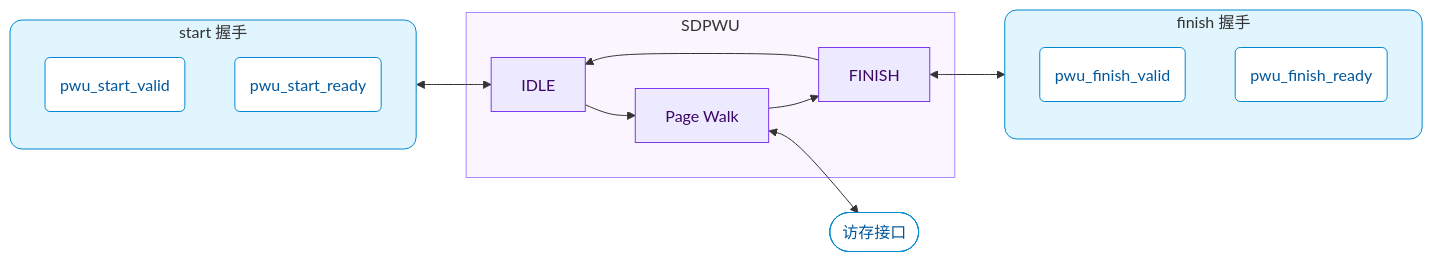
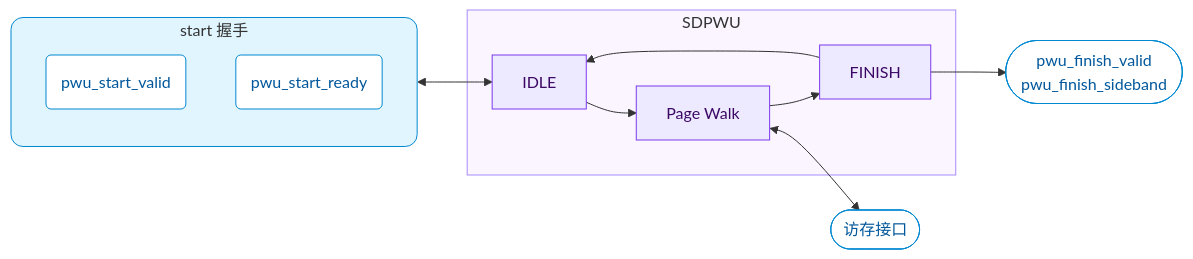
The fourth of 8 diagrams in doc/design_plan/SDecoder 设计方案 v1.0.md (DuBirdFly/C1_SDecoder), drawn with Mermaid before and after one commit. The commit also changed other lines of this file, not shown here.

First line of the commit message:
docs(design): SDPWU_CTRL 图去掉 SDMQ_CTRL, SDPWU 的 finish 改为单拍有效信号

````diff
--- a/doc/design_plan/SDecoder 设计方案 v1.0.md
+++ b/doc/design_plan/SDecoder 设计方案 v1.0.md
@@ -357,27 +348,22 @@
 ```mermaid
 flowchart LR
     subgraph SUB["SDPWU"]
         IDLE["IDLE"] --> WALK["Page Walk"] --> FINISH["FINISH"]
         FINISH --> IDLE
     end
     subgraph HS_START["start 握手"]
         direction TB
         S_VALID("pwu_start_valid")
         S_READY("pwu_start_ready")
     end
-    subgraph HS_FINISH["finish 握手"]
-        direction TB
-        F_VALID("pwu_finish_valid")
-        F_READY("pwu_finish_ready")
-    end
+    F(["pwu_finish_valid<br/>pwu_finish_sideband"])
     HS_START <--> IDLE
-    FINISH <--> HS_FINISH
+    FINISH --> F
     WALK <--> TW(["访存接口"])
     classDef iface fill:#ffffff,stroke:#0288d1,color:#01579b
     classDef state fill:#ede9fe,stroke:#7c3aed,color:#3b0764
-    class S_VALID,S_READY,F_VALID,F_READY,TW iface
+    class S_VALID,S_READY,F,TW iface
     class IDLE,WALK,FINISH state
     style SUB fill:#faf5ff,stroke:#a78bfa
     style HS_START fill:#e1f5fe,stroke:#0288d1,rx:12px
-    style HS_FINISH fill:#e1f5fe,stroke:#0288d1,rx:12px
 ```
````
